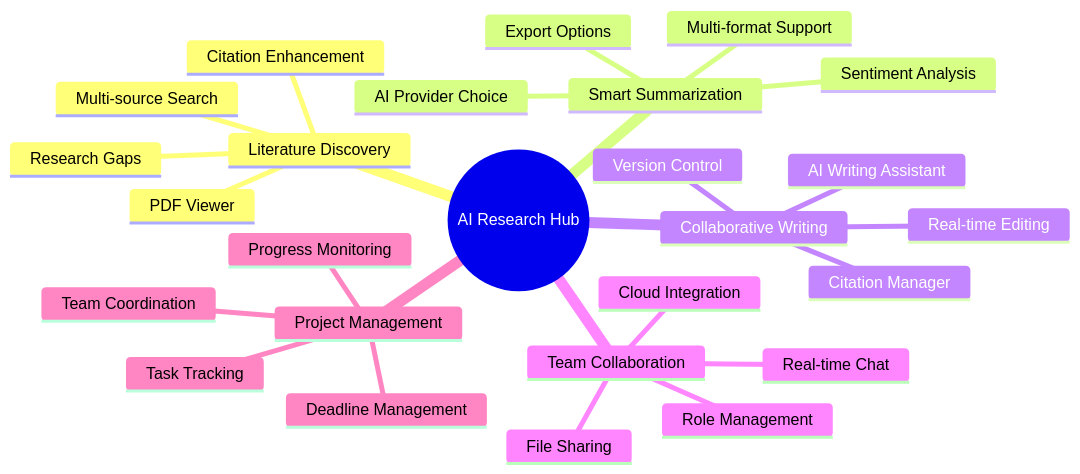
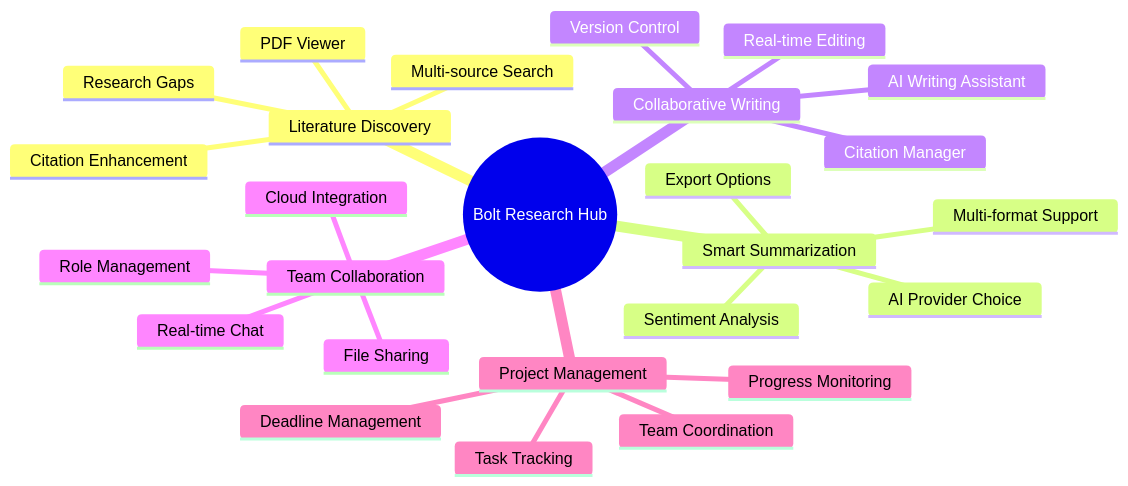
The first of 10 diagrams in README.md (Kedhareswer/thesisflow-ai), drawn with Mermaid before and after one commit. The commit also changed other lines of this file, not shown here.

````diff
--- a/README.md
+++ b/README.md
@@ -18,29 +22,29 @@
 ```mermaid
 mindmap
-  root((AI Research Hub))
+  root((Bolt Research Hub))
     Literature Discovery
       Multi-source Search
       Citation Enhancement
       PDF Viewer
       Research Gaps
     Smart Summarization
       Multi-format Support
       AI Provider Choice
       Sentiment Analysis
       Export Options
     Collaborative Writing
       Real-time Editing
       Citation Manager
       AI Writing Assistant
       Version Control
     Team Collaboration
       Real-time Chat
       File Sharing
       Role Management
       Cloud Integration
     Project Management
       Task Tracking
       Progress Monitoring
       Team Coordination
       Deadline Management
 ```
````
